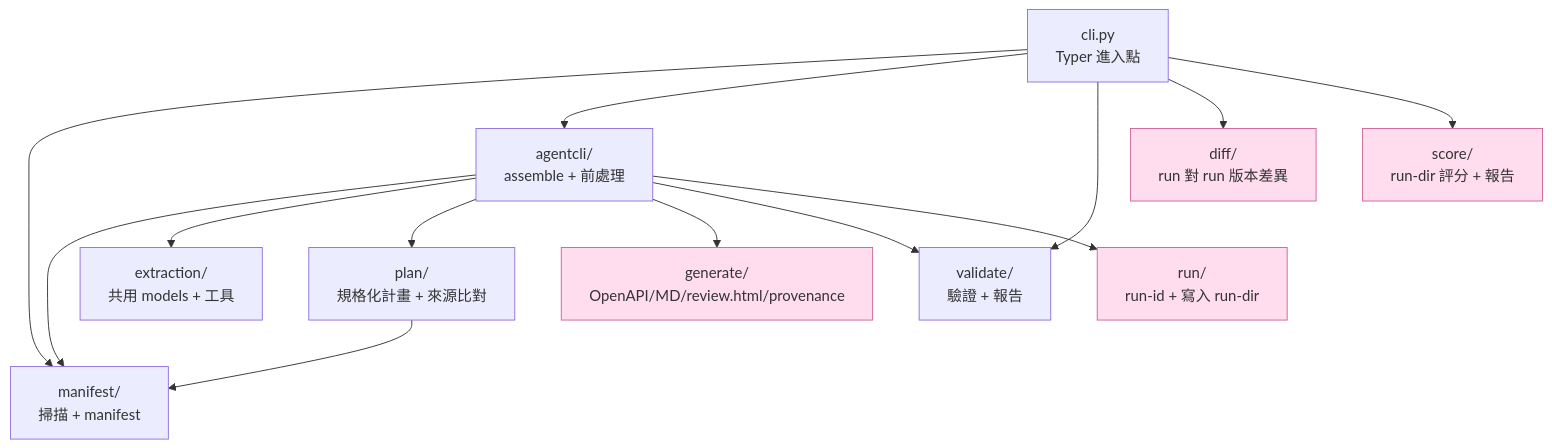
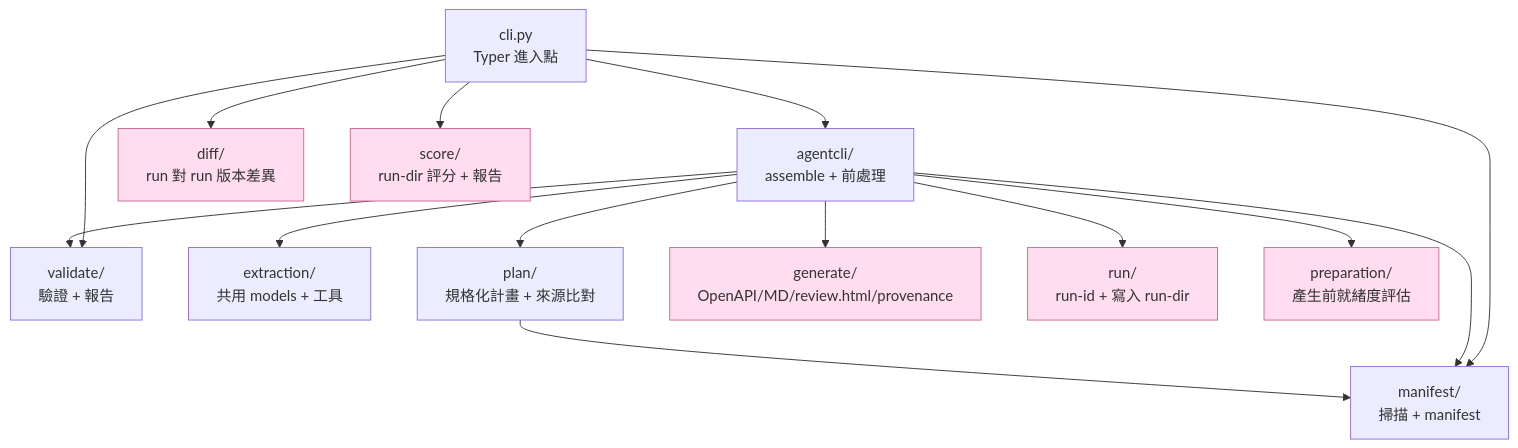
One commit to CarlLee1983/loop-apidoc changed the second of 2 diagrams in docs/ARCHITECTURE.md. Above: the diagram before and after it, drawn with Mermaid. The commit also changed other lines of this file and 1 other file, not shown here.

First line of the commit message:
docs: [sync] add preparation/ + score/ packages to CLAUDE.md + ARCHITECTURE

````diff
--- a/docs/ARCHITECTURE.md
+++ b/docs/ARCHITECTURE.md
@@ -52,22 +52,23 @@
 ```mermaid
 flowchart TD
     cli[cli.py<br/>Typer 進入點]
 
     cli --> manifest[manifest/<br/>掃描 + manifest]
     cli --> agentcli[agentcli/<br/>assemble + 前處理]
     cli --> validate[validate/<br/>驗證 + 報告]
     cli --> diff[diff/<br/>run 對 run 版本差異]
     cli --> score[score/<br/>run-dir 評分 + 報告]
 
     agentcli --> manifest
     agentcli --> extraction[extraction/<br/>共用 models + 工具]
     agentcli --> plan[plan/<br/>規格化計畫 + 來源比對]
     agentcli --> generate[generate/<br/>OpenAPI/MD/review.html/provenance]
     agentcli --> validate
     agentcli --> run[run/<br/>run-id + 寫入 run-dir]
+    agentcli --> preparation[preparation/<br/>產生前就緒度評估]
 
     plan --> manifest
 
     classDef io fill:#fde,stroke:#c69
-    class generate,run,diff,score io
+    class generate,run,diff,score,preparation io
 ```
````
